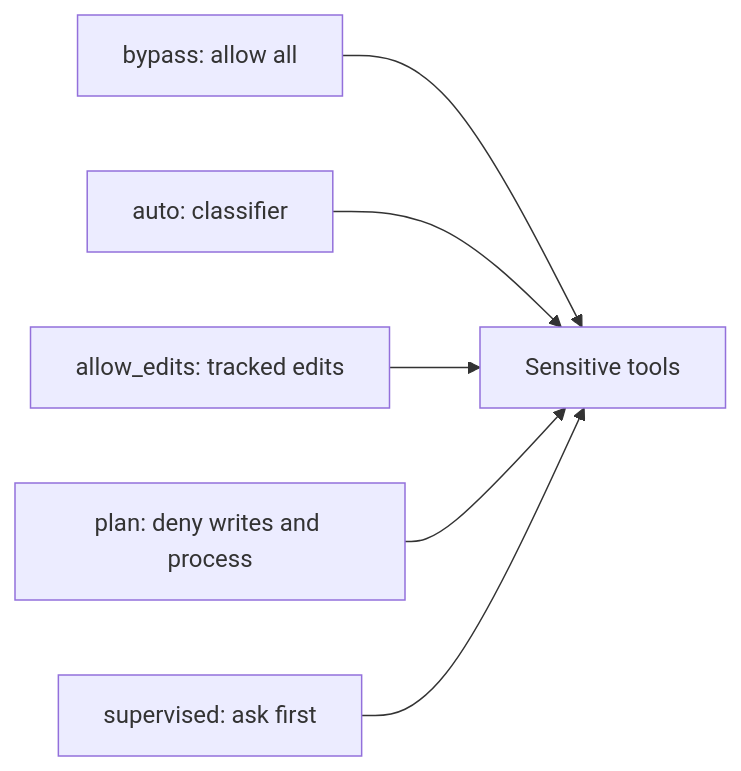
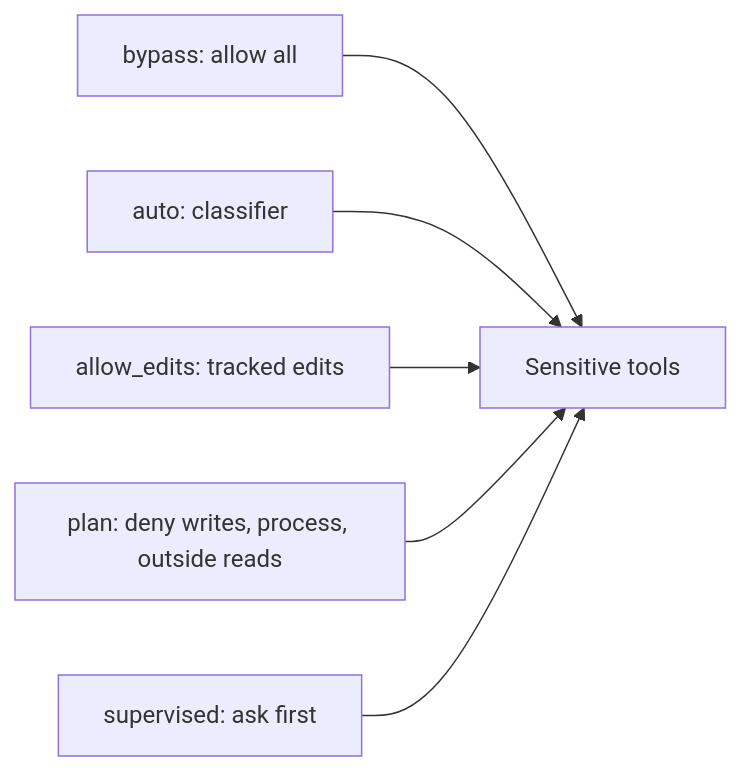
Before and after one commit to matthewyjiang/rho: the second of 2 diagrams in docs/configuration.md, drawn with Mermaid. The commit also changed other lines of this file and 19 other files, not shown here.

First line of the commit message:
fix(permission): stop silent reads of files outside the workspace (#1033)

````diff
--- a/docs/configuration.md
+++ b/docs/configuration.md
@@ -71,8 +71,8 @@
 ```mermaid
 flowchart LR
     bypass[bypass: allow all] --> tools[Sensitive tools]
     auto[auto: classifier] --> tools
     allowEdits[allow_edits: tracked edits] --> tools
-    plan[plan: deny writes and process] --> tools
+    plan[plan: deny writes, process, outside reads] --> tools
     supervised[supervised: ask first] --> tools
 ```
````
